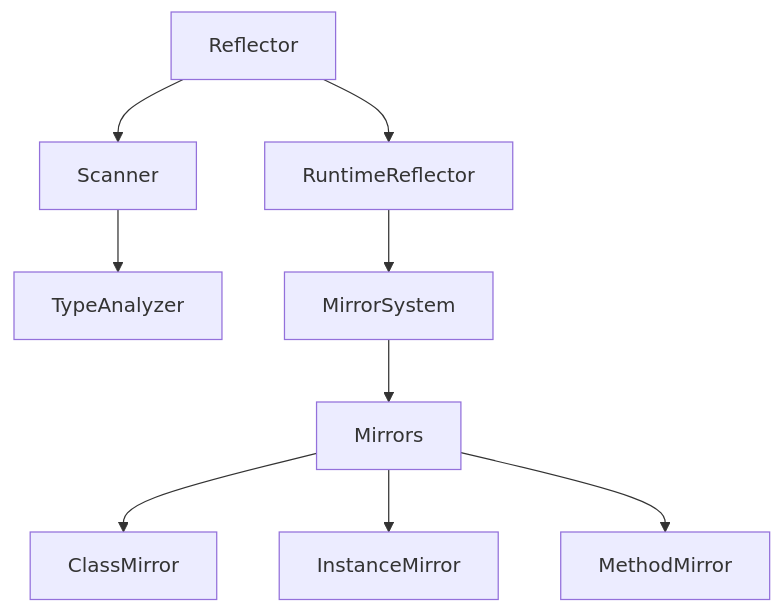
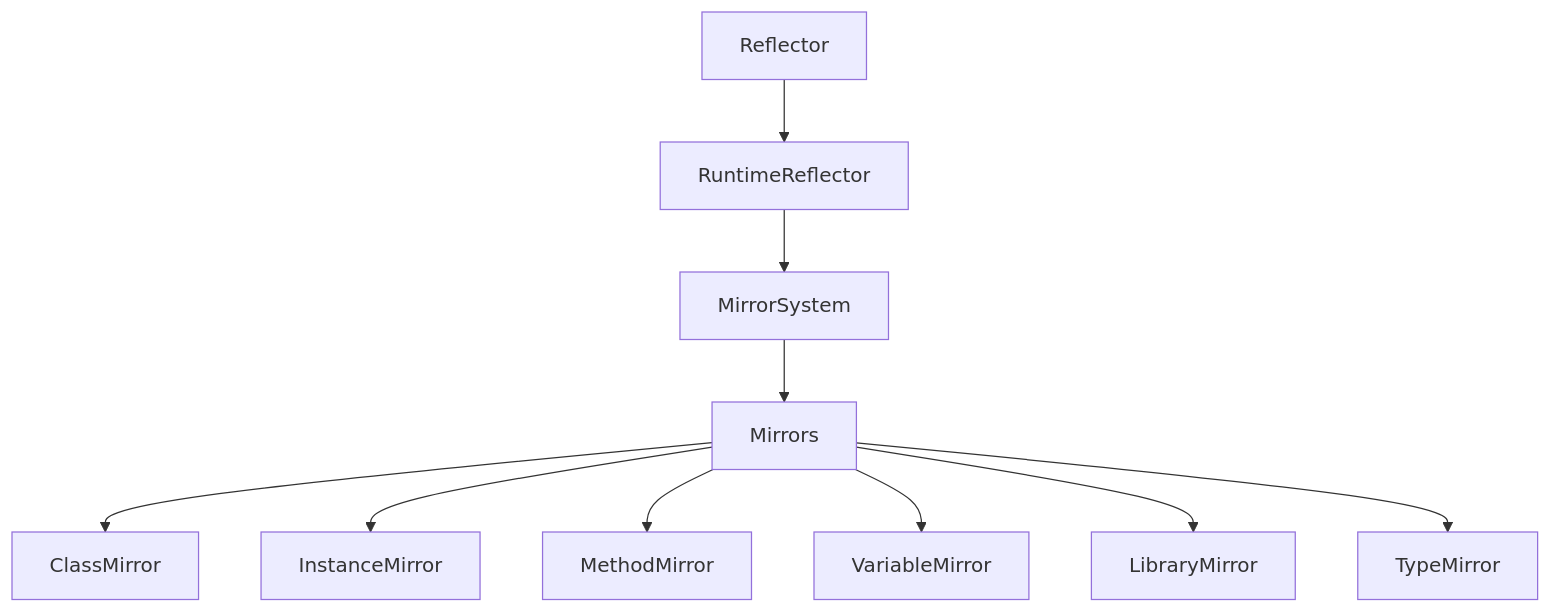
Before and after one commit to protevus/platform: the diagram in incubation/reflection/doc/technical_specification.md, drawn with Mermaid. The commit also changed other lines of this file and 7 other files, not shown here.

````diff
--- a/incubation/reflection/doc/technical_specification.md
+++ b/incubation/reflection/doc/technical_specification.md
@@ -7,11 +7,12 @@
 ```mermaid
 graph TD
-    A[Reflector] --> B[Scanner]
-    A --> C[RuntimeReflector]
-    B --> D[TypeAnalyzer]
-    C --> E[MirrorSystem]
-    E --> F[Mirrors]
-    F --> G[ClassMirror]
-    F --> H[InstanceMirror]
-    F --> I[MethodMirror]
+    A[Reflector] --> B[RuntimeReflector]
+    B --> C[MirrorSystem]
+    C --> D[Mirrors]
+    D --> E[ClassMirror]
+    D --> F[InstanceMirror]
+    D --> G[MethodMirror]
+    D --> H[VariableMirror]
+    D --> I[LibraryMirror]
+    D --> J[TypeMirror]
 ```
````
